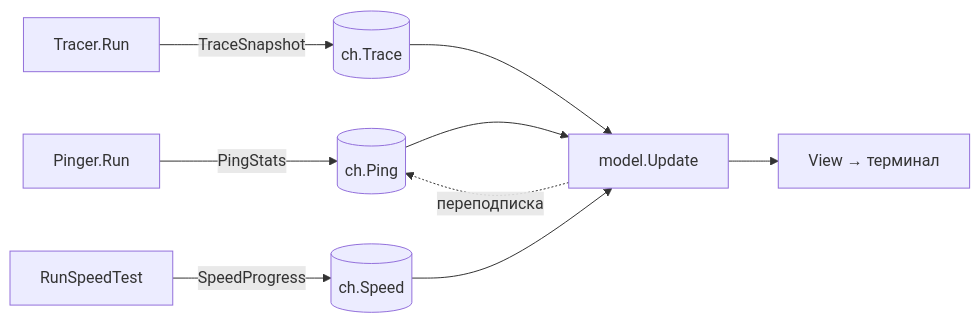
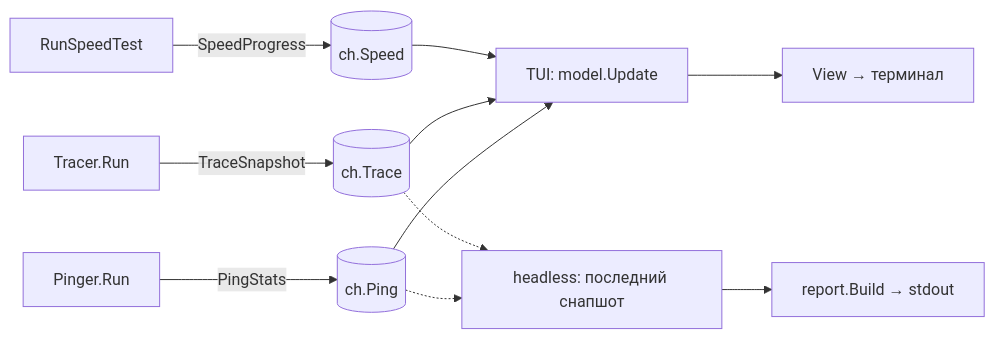
The second of 3 diagrams in docs/ARCHITECTURE.md (tavvet/net-test), drawn with Mermaid before and after one commit. The commit also changed other lines of this file and 4 other files, not shown here.

````diff
--- a/docs/ARCHITECTURE.md
+++ b/docs/ARCHITECTURE.md
@@ -59,11 +75,13 @@
 ```mermaid
 flowchart LR
   P["Pinger.Run"] -->|PingStats| PC[("ch.Ping")]
   T["Tracer.Run"] -->|TraceSnapshot| TC[("ch.Trace")]
   S["RunSpeedTest"] -->|SpeedProgress| SC[("ch.Speed")]
-  PC --> U["model.Update"]
+  PC --> U["TUI: model.Update"]
   TC --> U
   SC --> U
   U --> V["View → терминал"]
-  U -.переподписка.-> PC
+  PC -.-> H["headless: последний снапшот"]
+  TC -.-> H
+  H --> R["report.Build → stdout"]
 ```
````
